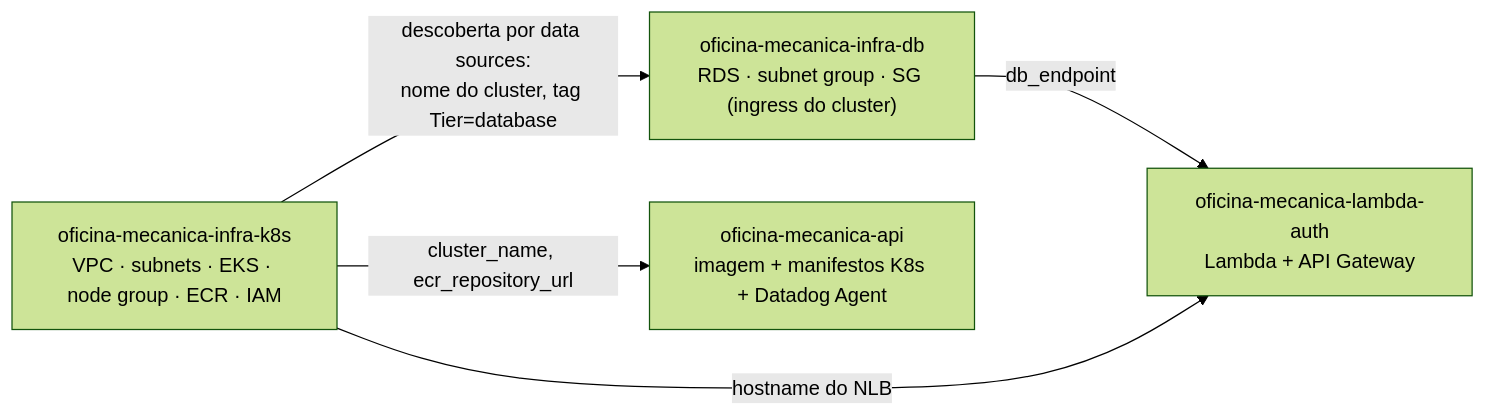
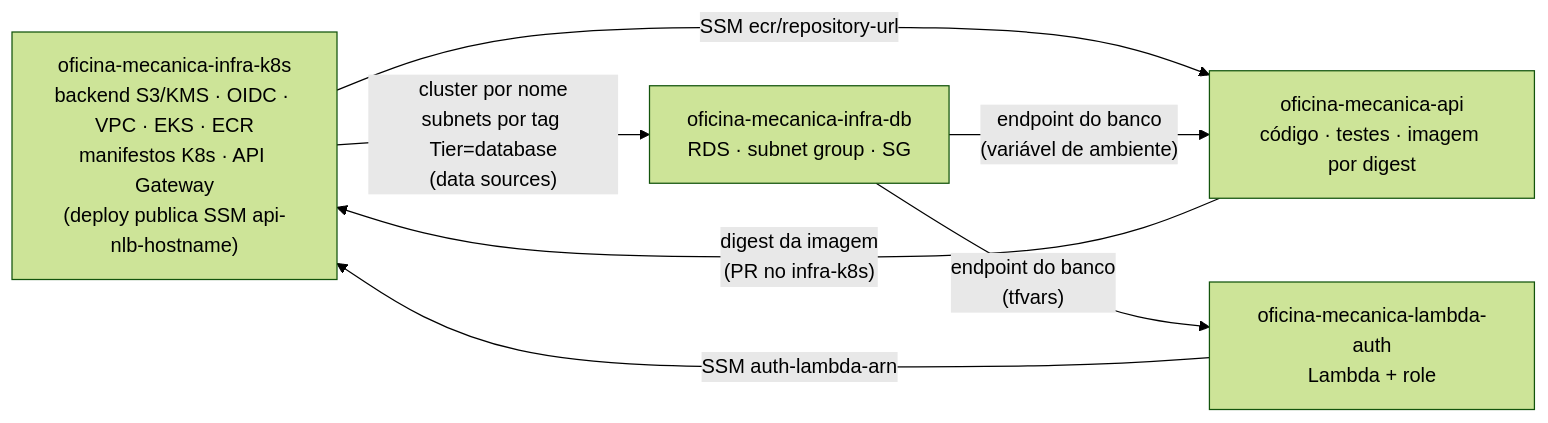
Before and after one commit to 32SOAT/oficina-mecanica-api: the fifth of 5 diagrams in docs/architecture/componentes.md, drawn with Mermaid (forest theme). The commit also changed other lines of this file and 16 other files, not shown here.

````diff
--- a/docs/architecture/componentes.md
+++ b/docs/architecture/componentes.md
@@ -280,12 +305,14 @@
 ```mermaid
 flowchart LR
-  R3["oficina-mecanica-infra-k8s<br/>VPC · subnets · EKS · node group · ECR · IAM"]
-  R4["oficina-mecanica-infra-db<br/>RDS · subnet group · SG (ingress do cluster)"]
-  R1["oficina-mecanica-api<br/>imagem + manifestos K8s + Datadog Agent"]
-  R2["oficina-mecanica-lambda-auth<br/>Lambda + API Gateway"]
+  K8S["oficina-mecanica-infra-k8s<br/>backend S3/KMS · OIDC · VPC · EKS · ECR<br/>manifestos K8s · API Gateway<br/>(deploy publica SSM api-nlb-hostname)"]
+  DBR["oficina-mecanica-infra-db<br/>RDS · subnet group · SG"]
+  API["oficina-mecanica-api<br/>código · testes · imagem por digest"]
+  LAM["oficina-mecanica-lambda-auth<br/>Lambda + role"]
 
-  R3 -->|"descoberta por data sources:<br/>nome do cluster, tag Tier=database"| R4
-  R3 -->|"cluster_name, ecr_repository_url"| R1
-  R4 -->|"db_endpoint"| R2
-  R3 -->|"hostname do NLB"| R2
+  K8S -->|"cluster por nome<br/>subnets por tag Tier=database<br/>(data sources)"| DBR
+  K8S -->|"SSM ecr/repository-url"| API
+  API -->|"digest da imagem<br/>(PR no infra-k8s)"| K8S
+  DBR -->|"endpoint do banco<br/>(variável de ambiente)"| API
+  DBR -->|"endpoint do banco<br/>(tfvars)"| LAM
+  LAM -->|"SSM auth-lambda-arn"| K8S
 ```
````
